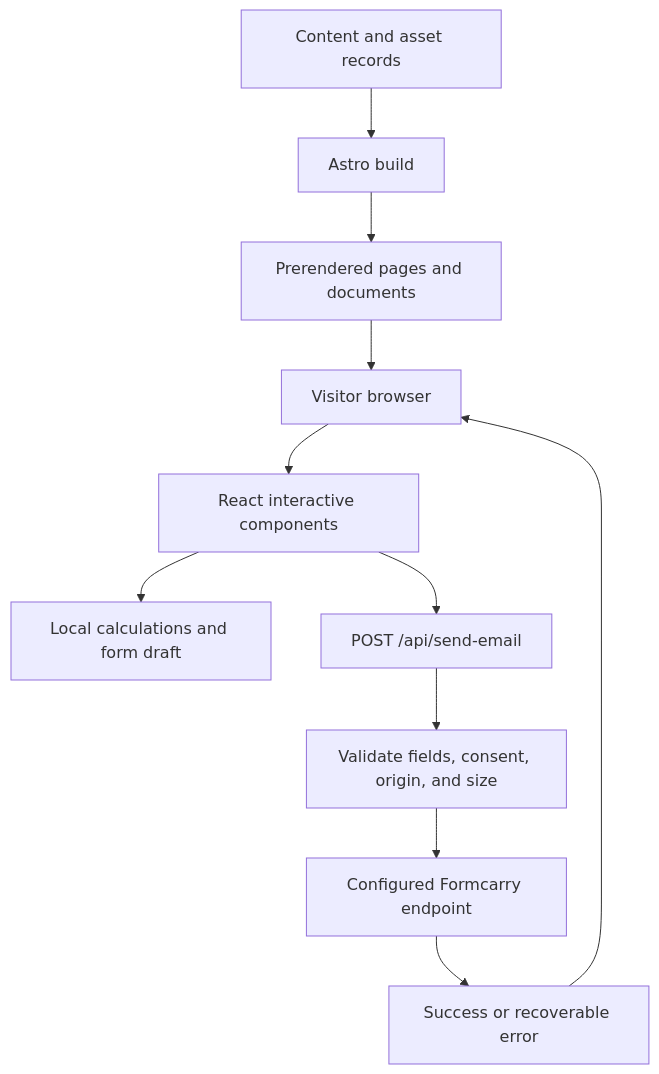
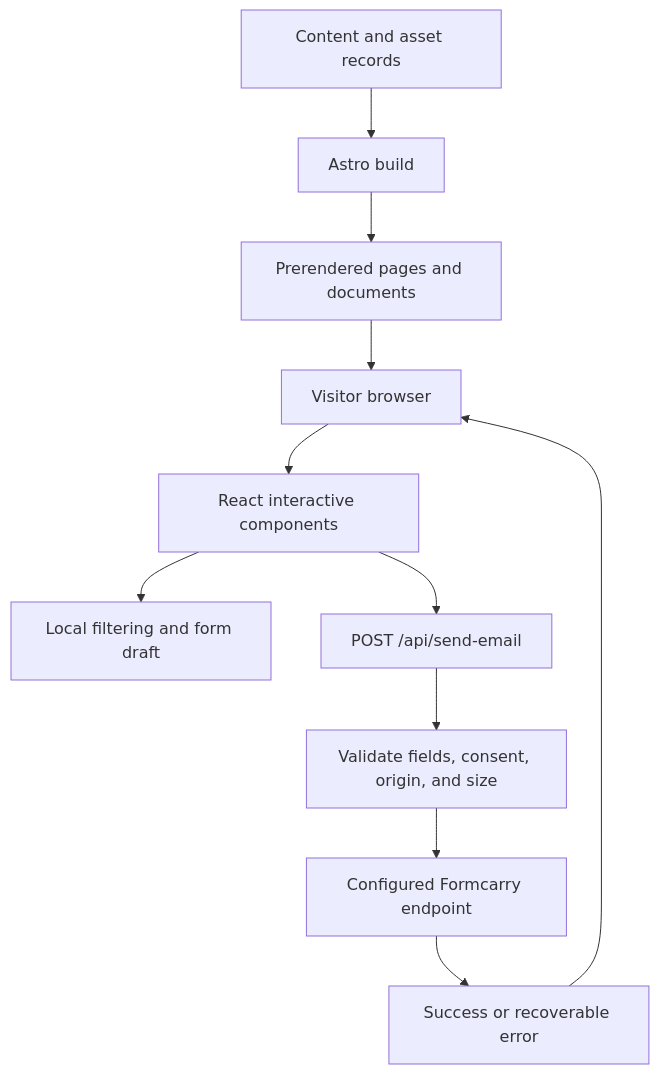
One commit to smeltery/jeabizdev.com changed the diagram in docs/development/architecture.md. Above: the diagram before and after it, drawn with Mermaid. The commit also changed other lines of this file and 37 other files, not shown here.

````diff
--- a/docs/development/architecture.md
+++ b/docs/development/architecture.md
@@ -7,13 +7,13 @@
 ```mermaid
 flowchart TD
   Data[Content and asset records] --> Astro[Astro build]
   Astro --> Static[Prerendered pages and documents]
   Static --> Browser[Visitor browser]
   Browser --> Islands[React interactive components]
-  Islands --> Local[Local calculations and form draft]
+  Islands --> Local[Local filtering and form draft]
   Islands --> API[POST /api/send-email]
   API --> Validate[Validate fields, consent, origin, and size]
   Validate --> Provider[Configured Formcarry endpoint]
   Provider --> Status[Success or recoverable error]
   Status --> Browser
 ```
````
